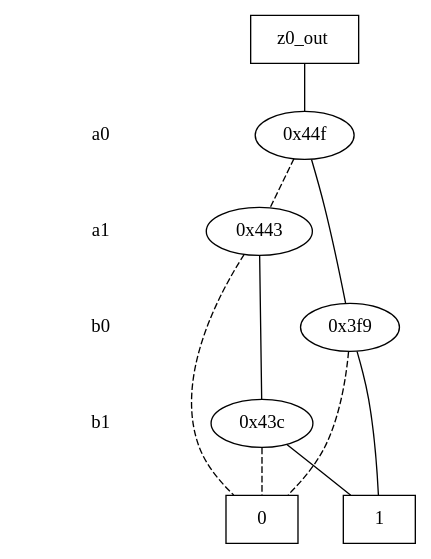
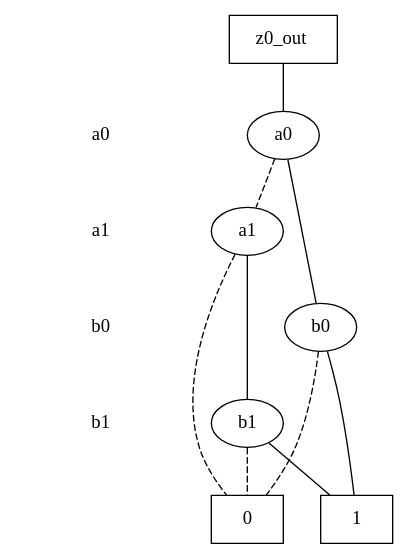
The diagram in zdd_plots/z0_out_zdd.dot (NathanNator/ECE6745_Final_Project), drawn with Graphviz before and after one commit. The commit also changed 12 other files, not shown here.

```diff
--- a/zdd_plots/z0_out_zdd.dot
+++ b/zdd_plots/z0_out_zdd.dot
@@ -1,40 +1,40 @@
 digraph "ZDD" {
 size = "7.5,10"
 center = true;
 edge [dir = none];
 { node [shape = plaintext];
   edge [style = invis];
   "CONST NODES" [style = invis];
 " a0 " -> " a1 " -> " b0 " -> " b1 " -> "CONST NODES"; 
 }
 { rank = same; node [shape = box]; edge [style = invis];
 "  z0_out  "; }
 { rank = same; " a0 ";
-"0x44f";
+"a0";
 }
 { rank = same; " a1 ";
-"0x443";
+"a1";
 }
 { rank = same; " b0 ";
-"0x3f9";
+"b0";
 }
 { rank = same; " b1 ";
-"0x43c";
+"b1";
 }
 { rank = same; "CONST NODES";
 { node [shape = box]; "0x1fd";
 "0x1fc";
 }
 }
-"  z0_out  " -> "0x44f" [style = solid];
-"0x44f" -> "0x3f9";
-"0x44f" -> "0x443" [style = dashed];
-"0x443" -> "0x43c";
-"0x443" -> "0x1fd" [style = dashed];
-"0x3f9" -> "0x1fc";
-"0x3f9" -> "0x1fd" [style = dashed];
-"0x43c" -> "0x1fc";
-"0x43c" -> "0x1fd" [style = dashed];
+"  z0_out  " -> "a0" [style = solid];
+"a0" -> "b0";
+"a0" -> "a1" [style = dashed];
+"a1" -> "b1";
+"a1" -> "0x1fd" [style = dashed];
+"b0" -> "0x1fc";
+"b0" -> "0x1fd" [style = dashed];
+"b1" -> "0x1fc";
+"b1" -> "0x1fd" [style = dashed];
 "0x1fd" [label = "0"];
 "0x1fc" [label = "1"];
 }
```
